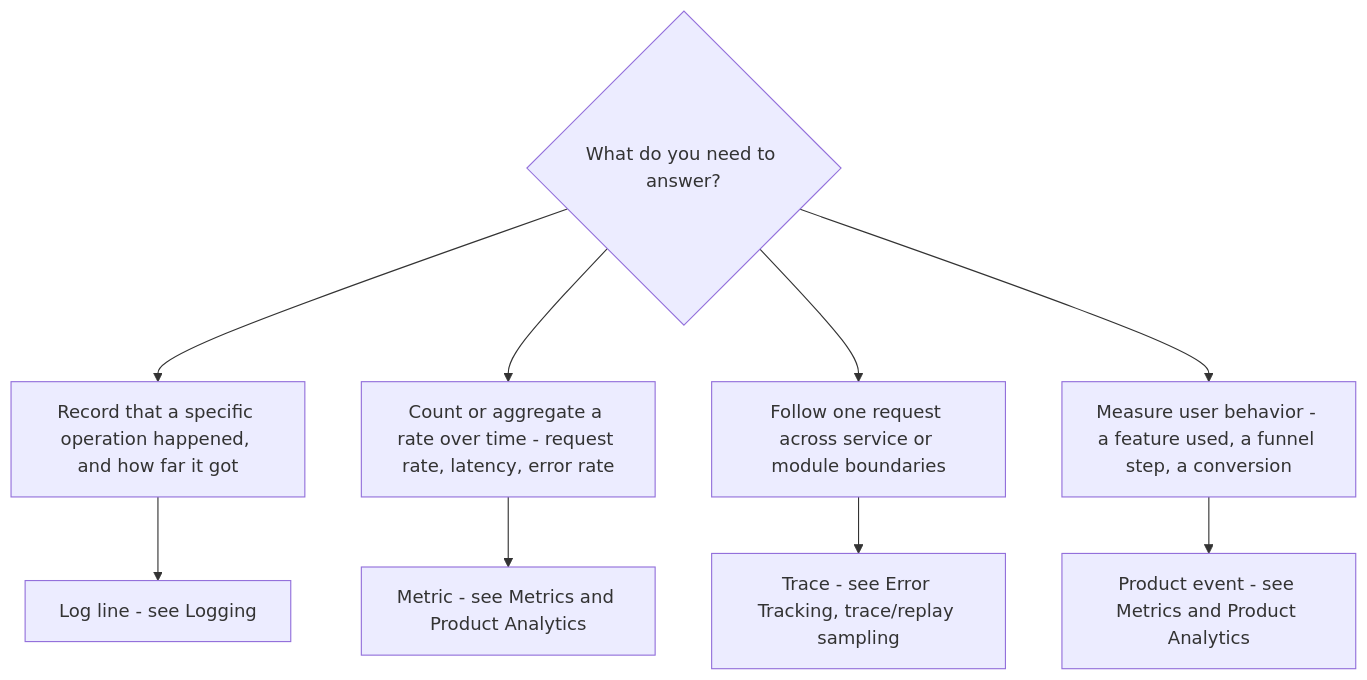
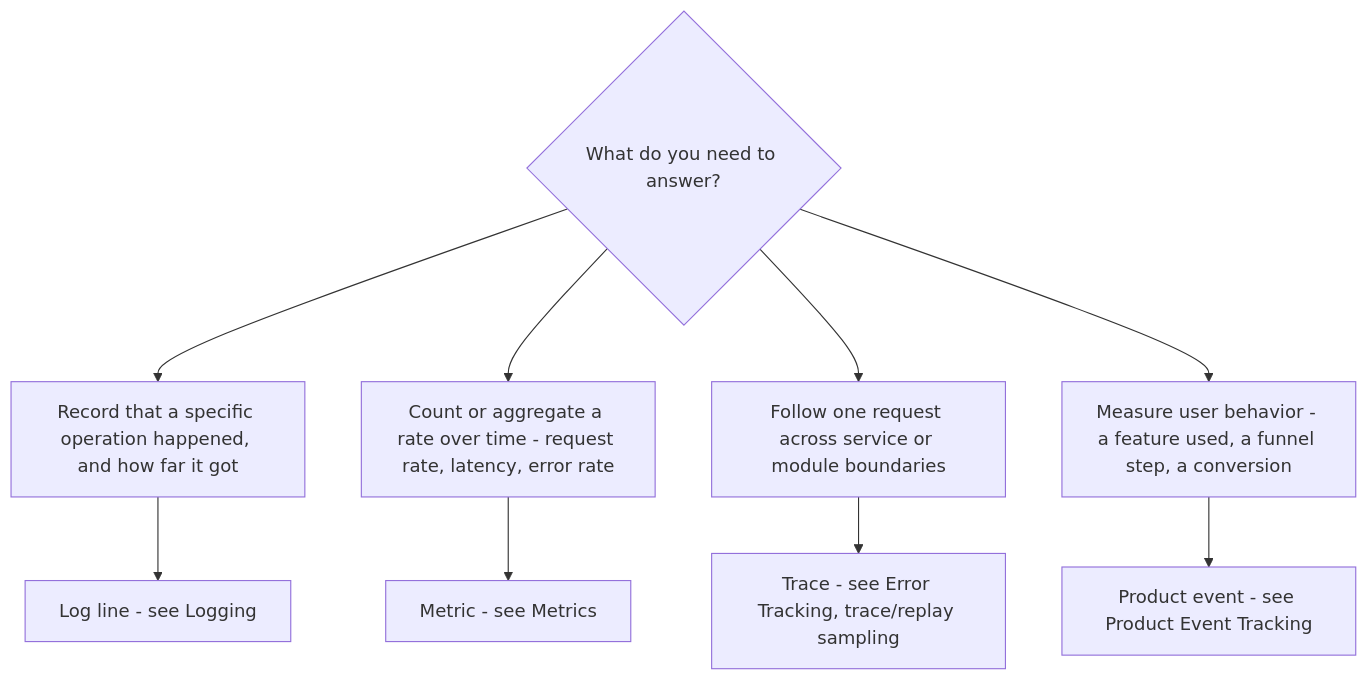
Before and after one commit to axross/skills: the diagram in skills/software-instrumentation/SKILL.md, drawn with Mermaid. The commit also changed other lines of this file and 10 other files, not shown here.

````diff
--- a/skills/software-instrumentation/SKILL.md
+++ b/skills/software-instrumentation/SKILL.md
@@ -22,11 +22,11 @@
 ```mermaid
 flowchart TD
   Q{What do you need to answer?} --> R1[Record that a specific operation happened, and how far it got]
   Q --> R2[Count or aggregate a rate over time - request rate, latency, error rate]
   Q --> R3[Follow one request across service or module boundaries]
   Q --> R4[Measure user behavior - a feature used, a funnel step, a conversion]
   R1 --> S1[Log line - see Logging]
-  R2 --> S2[Metric - see Metrics and Product Analytics]
+  R2 --> S2[Metric - see Metrics]
   R3 --> S3[Trace - see Error Tracking, trace/replay sampling]
-  R4 --> S4[Product event - see Metrics and Product Analytics]
+  R4 --> S4[Product event - see Product Event Tracking]
 ```
````
